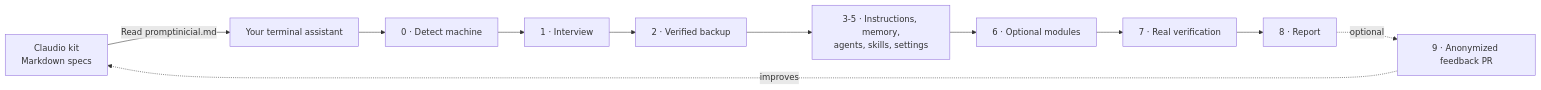
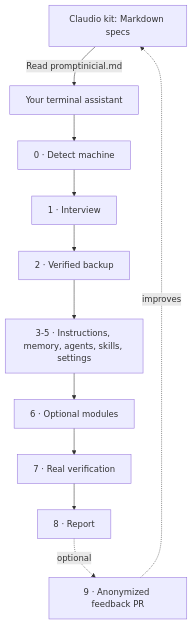
One commit to golosm3/Claudio changed the diagram in README.md. Above: the diagram before and after it, drawn with Mermaid. The commit also changed other lines of this file, not shown here.

Commit message:
README: diagrama vertical legible y cabecera de la tabla

````diff
--- a/README.md
+++ b/README.md
@@ -32,13 +32,9 @@
 ```mermaid
-flowchart LR
-    K[Claudio kit<br/>Markdown specs] -->|"Read promptinicial.md"| A[Your terminal assistant]
-    A --> D[0 · Detect machine]
-    D --> I[1 · Interview]
-    I --> B[2 · Verified backup]
-    B --> C[3-5 · Instructions, memory,<br/>agents, skills, settings]
-    C --> M[6 · Optional modules]
-    M --> V[7 · Real verification]
-    V --> R[8 · Report]
+flowchart TD
+    K[Claudio kit: Markdown specs] -->|"Read promptinicial.md"| A[Your terminal assistant]
+    A --> D[0 · Detect machine] --> I[1 · Interview] --> B[2 · Verified backup]
+    B --> C[3-5 · Instructions, memory, agents, skills, settings]
+    C --> M[6 · Optional modules] --> V[7 · Real verification] --> R[8 · Report]
     R -.optional.-> F[9 · Anonymized feedback PR]
     F -.improves.-> K
 ```
````
